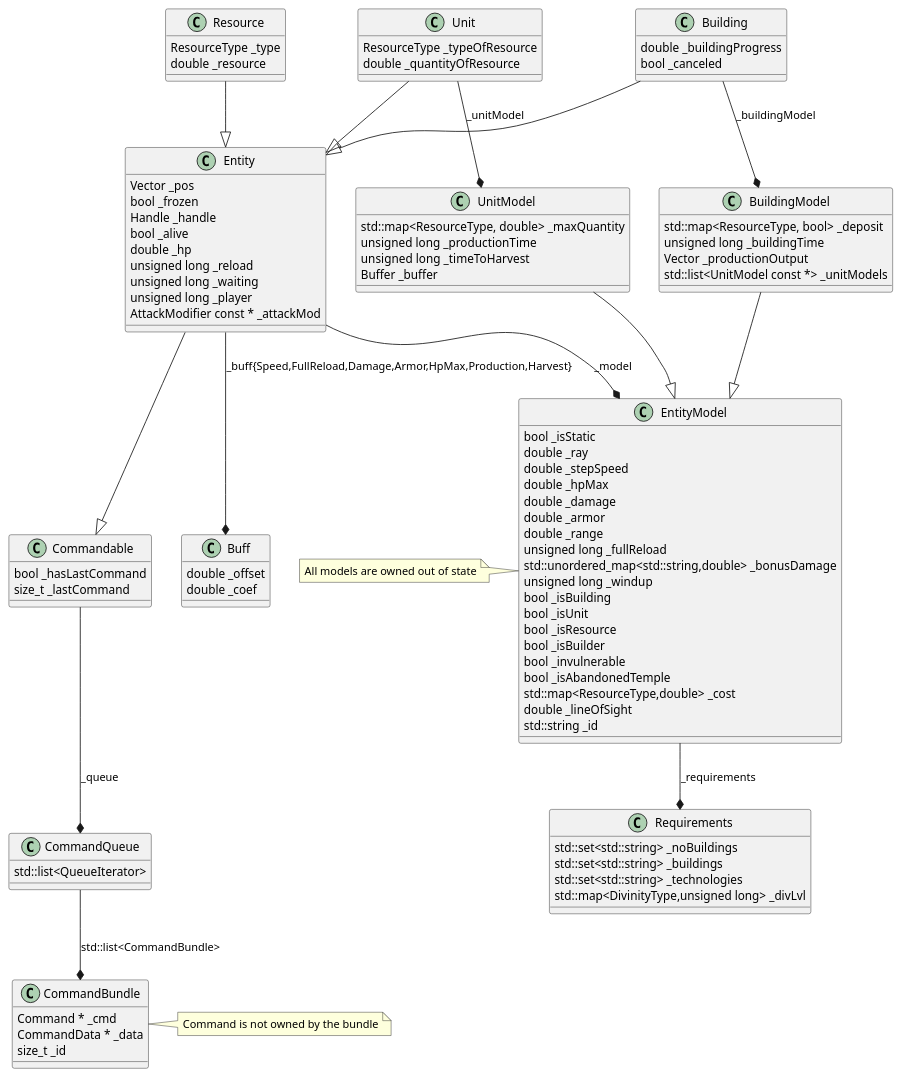
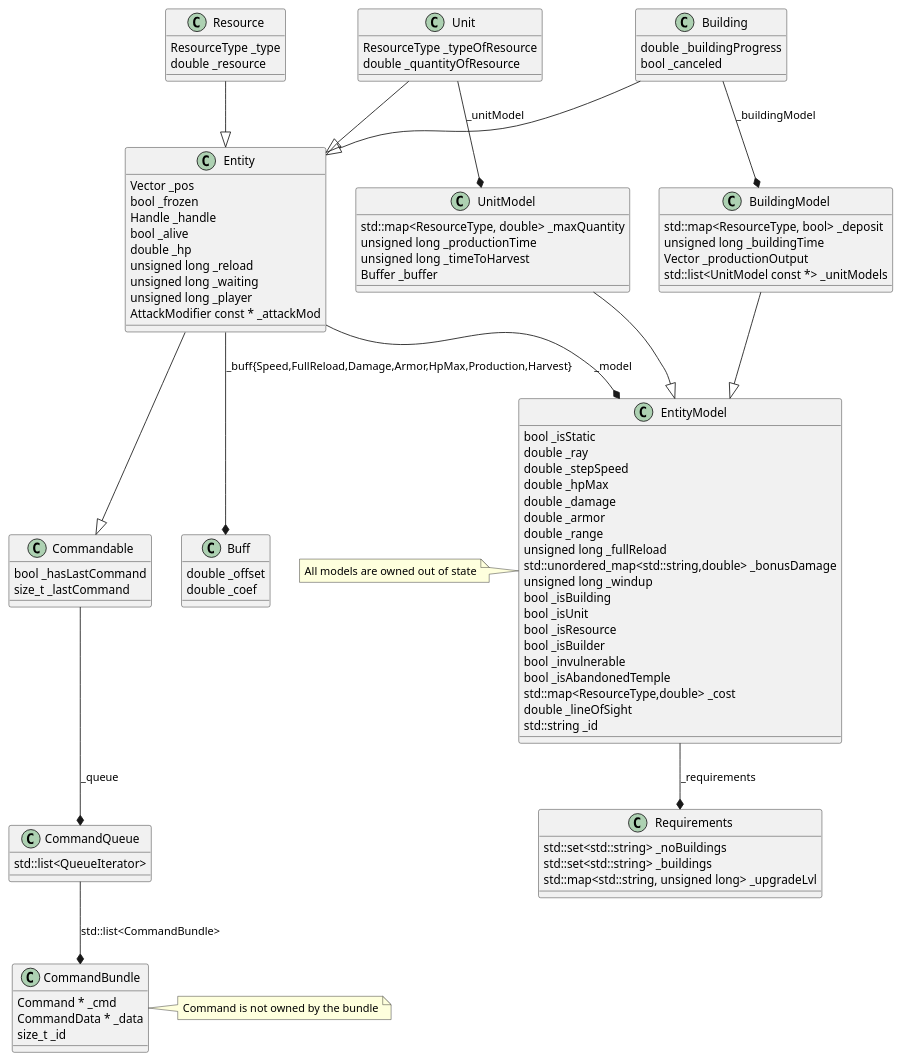
Before and after one commit to SimonPiCarter/octopus_game_engine: the diagram in doc/uml/Entity.pu, drawn with PlantUML. The commit also changed 40 other files, not shown here.

Commit message:
[octopus] removed divinity options/anchor/lvl added upgrade lvl

```diff
--- a/doc/uml/Entity.pu
+++ b/doc/uml/Entity.pu
@@ -1,86 +1,85 @@
 @startuml entity
 
 class CommandBundle
 note right: Command is not owned by the bundle
 CommandBundle : Command * _cmd
 CommandBundle : CommandData * _data
 CommandBundle : size_t _id
 
 CommandQueue --* CommandBundle : std::list<CommandBundle>
 CommandQueue : std::list<QueueIterator>
 
 Commandable --* CommandQueue : _queue
 Commandable : bool _hasLastCommand
 Commandable : size_t _lastCommand
 
 Entity --|> Commandable
 Entity : Vector _pos
 Entity : bool _frozen
 Entity : Handle _handle
 Entity : bool _alive
 Entity : double _hp
 Entity : unsigned long _reload
 Entity : unsigned long _waiting
 Entity : unsigned long _player
 Entity : AttackModifier const * _attackMod
 Entity --* EntityModel : _model
 Entity --* Buff : _buff{Speed,FullReload,Damage,Armor,HpMax,Production,Harvest}
 
 Buff : double _offset
 Buff : double _coef
 
 class EntityModel
 note left: All models are owned out of state
 EntityModel : bool _isStatic
 EntityModel : double _ray
 EntityModel : double _stepSpeed
 EntityModel : double _hpMax
 EntityModel : double _damage
 EntityModel : double _armor
 EntityModel : double _range
 EntityModel : unsigned long _fullReload
 EntityModel : std::unordered_map<std::string,double> _bonusDamage
 EntityModel : unsigned long _windup
 EntityModel : bool _isBuilding
 EntityModel : bool _isUnit
 EntityModel : bool _isResource
 EntityModel : bool _isBuilder
 EntityModel : bool _invulnerable
 EntityModel : bool _isAbandonedTemple
 EntityModel : std::map<ResourceType,double> _cost
 EntityModel --* Requirements : _requirements
 EntityModel : double _lineOfSight
 EntityModel : std::string _id
 
 Requirements : std::set<std::string> _noBuildings
 Requirements : std::set<std::string> _buildings
-Requirements : std::set<std::string> _technologies
-Requirements : std::map<DivinityType,unsigned long> _divLvl
+Requirements : std::map<std::string, unsigned long> _upgradeLvl
 
 Building --|> Entity
 Building : double _buildingProgress
 Building : bool _canceled
 Building --* BuildingModel : _buildingModel
 
 BuildingModel --|> EntityModel
 BuildingModel : std::map<ResourceType, bool> _deposit
 BuildingModel : unsigned long _buildingTime
 BuildingModel : Vector _productionOutput
 BuildingModel : std::list<UnitModel const *> _unitModels
 
 Unit --|> Entity
 Unit : ResourceType _typeOfResource
 Unit : double _quantityOfResource
 Unit --* UnitModel : _unitModel
 
 UnitModel --|> EntityModel
 UnitModel : std::map<ResourceType, double> _maxQuantity
 UnitModel : unsigned long _productionTime
 UnitModel : unsigned long _timeToHarvest
 UnitModel : Buffer _buffer
 
 Resource --|> Entity
 Resource : ResourceType _type
 Resource : double _resource
 
 @enduml
```
